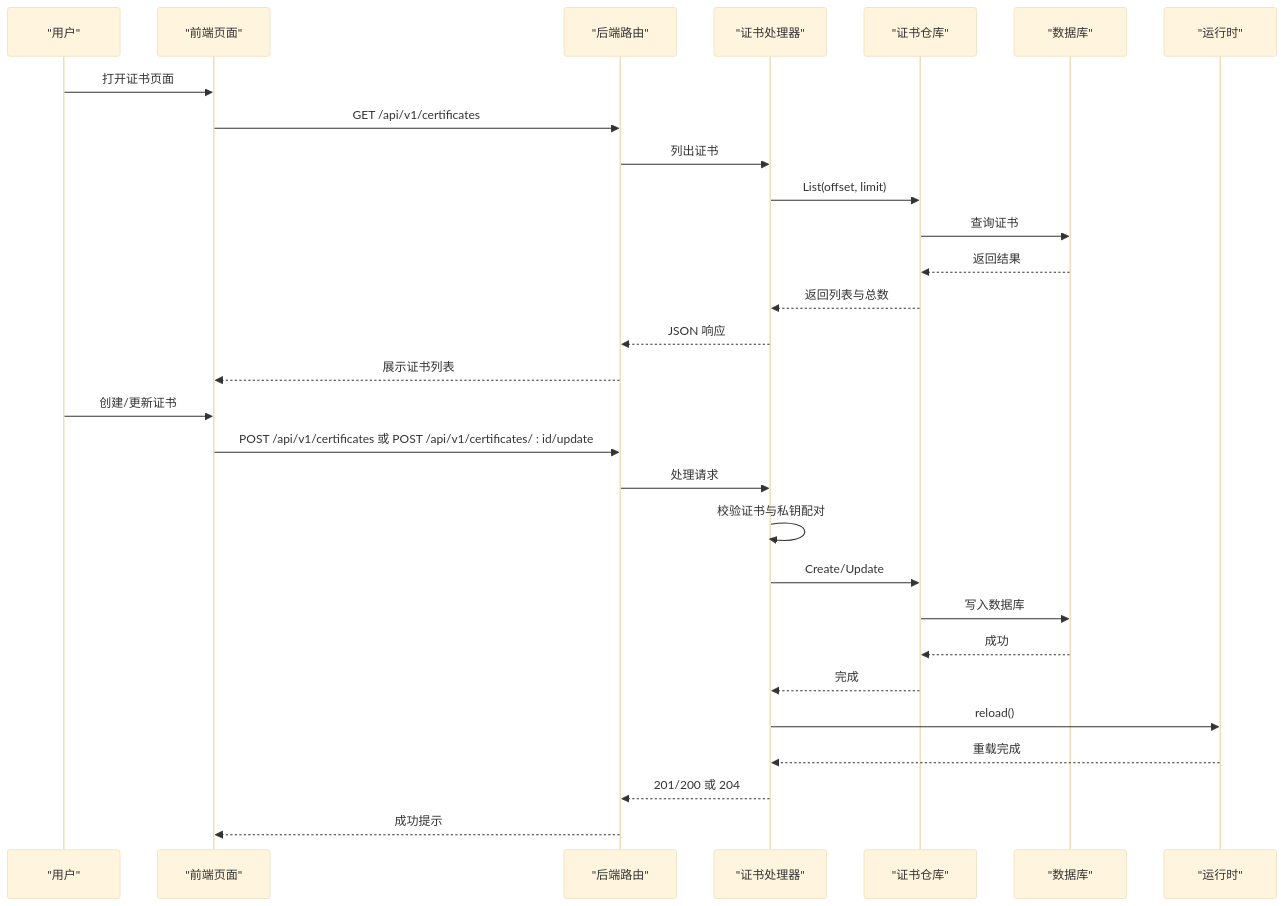
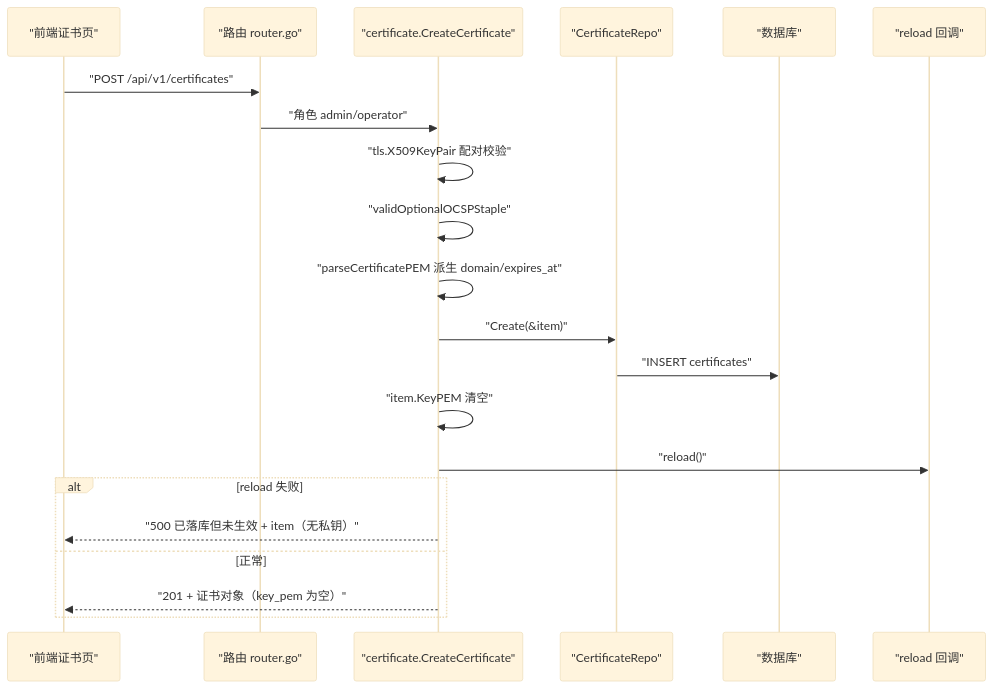
One commit to x01n/My-OpenWaf changed the third of 8 diagrams in docs/管理 API 系统/证书管理 API.md. Above: the diagram before and after it, drawn with Mermaid (base theme). The commit also changed other lines of this file and 622 other files, not shown here.

````diff
--- a/docs/管理 API 系统/证书管理 API.md
+++ b/docs/管理 API 系统/证书管理 API.md
@@ -87,31 +177,23 @@
 ```mermaid
 sequenceDiagram
-participant U as "用户"
-participant FE as "前端页面"
-participant API as "后端路由"
-participant H as "证书处理器"
-participant R as "证书仓库"
+participant FE as "前端证书页"
+participant R as "路由 router.go"
+participant H as "certificate.CreateCertificate"
+participant P as "CertificateRepo"
 participant DB as "数据库"
-participant RT as "运行时"
-U->>FE : 打开证书页面
-FE->>API : GET /api/v1/certificates
-API->>H : 列出证书
-H->>R : List(offset, limit)
-R->>DB : 查询证书
-DB-->>R : 返回结果
-R-->>H : 返回列表与总数
-H-->>API : JSON 响应
-API-->>FE : 展示证书列表
-U->>FE : 创建/更新证书
-FE->>API : POST /api/v1/certificates 或 POST /api/v1/certificates/ : id/update
-API->>H : 处理请求
-H->>H : 校验证书与私钥配对
-H->>R : Create/Update
-R->>DB : 写入数据库
-DB-->>R : 成功
-R-->>H : 完成
-H->>RT : reload()
-RT-->>H : 重载完成
-H-->>API : 201/200 或 204
-API-->>FE : 成功提示
+participant RL as "reload 回调"
+FE->>R : "POST /api/v1/certificates"
+R->>H : "角色 admin/operator"
+H->>H : "tls.X509KeyPair 配对校验"
+H->>H : "validOptionalOCSPStaple"
+H->>H : "parseCertificatePEM 派生 domain/expires_at"
+H->>P : "Create(&item)"
+P->>DB : "INSERT certificates"
+H->>H : "item.KeyPEM 清空"
+H->>RL : "reload()"
+alt reload 失败
+H-->>FE : "500 已落库但未生效 + item（无私钥）"
+else 正常
+H-->>FE : "201 + 证书对象（key_pem 为空）"
+end
 ```
````
